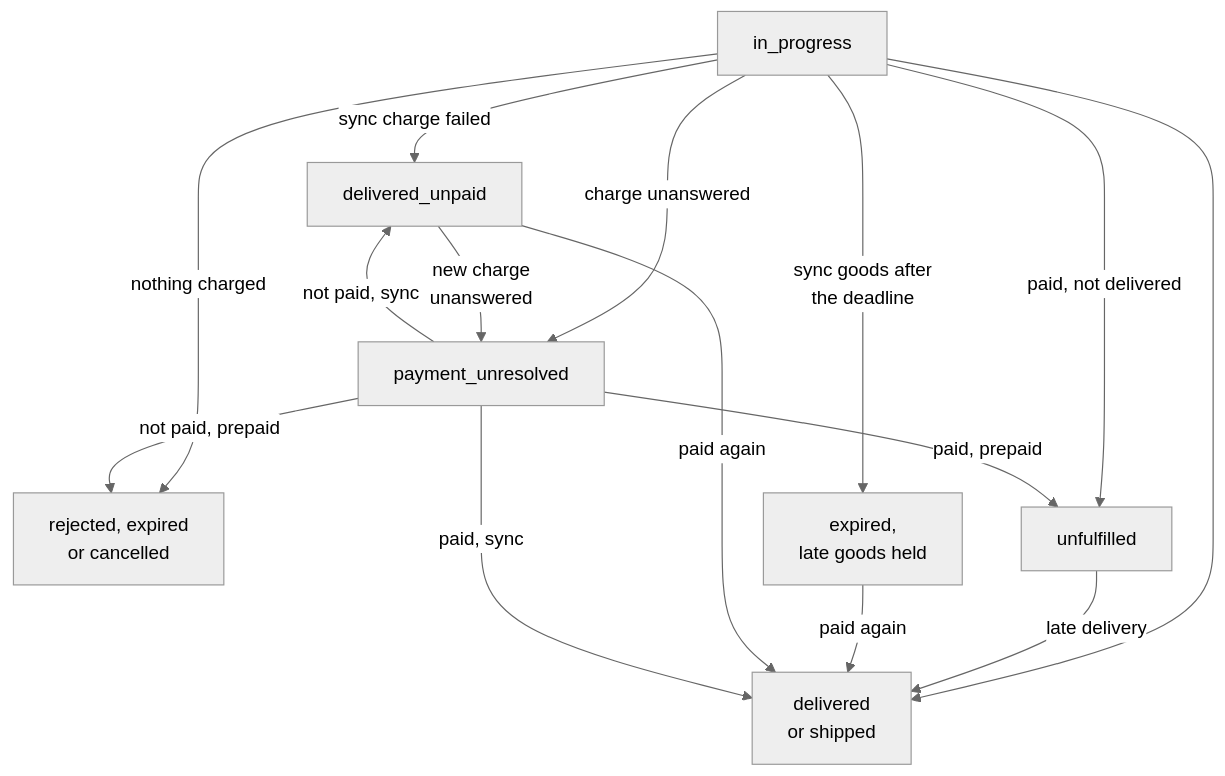
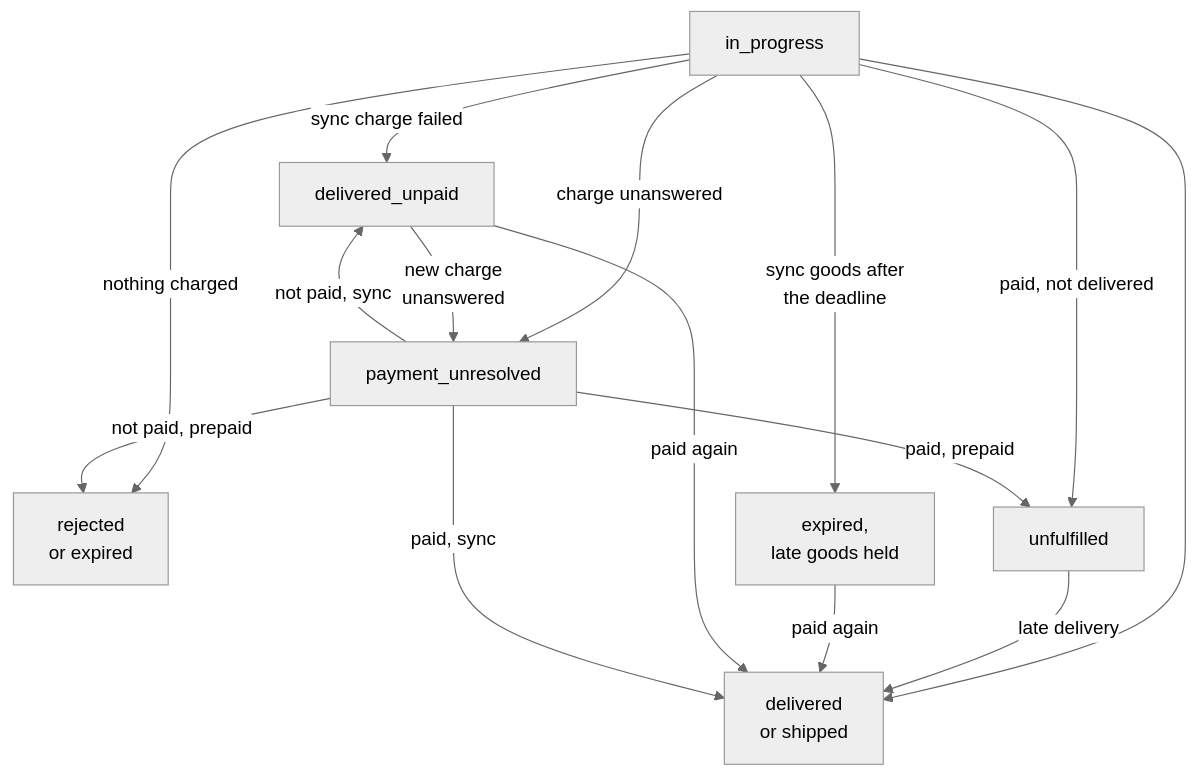
Before and after one commit to aftercard/agentify: the second of 3 diagrams in apps/docs/orders.md, drawn with Mermaid (neutral theme). The commit also changed other lines of this file and 60 other files, not shown here.

````diff
--- a/apps/docs/orders.md
+++ b/apps/docs/orders.md
@@ -360,26 +360,26 @@
 ```mermaid
 flowchart TB
     accTitle: How an order's status changes
-    accDescr: An order starts in_progress. From there it is delivered or shipped; it ends rejected, expired or cancelled with nothing charged; it ends expired with goods held when a synchronous delivery arrives after its deadline; it becomes unfulfilled when it was paid and not delivered in time, refused after the charge, or you left; it becomes delivered_unpaid when a synchronous charge failed after your delivery; and it becomes payment_unresolved when nobody heard whether the charge went through. A late delivery takes an unfulfilled order to delivered or shipped, and the buyer paying again takes a delivered_unpaid order, or an expired order with goods held, to delivered. A payment_unresolved order moves once the payment is known: paid takes a synchronous order to delivered and an order paid at purchase to unfulfilled, and not paid takes a synchronous order to delivered_unpaid and an order paid at purchase to rejected. A delivered_unpaid order whose new charge goes unanswered becomes payment_unresolved.
+    accDescr: An order starts in_progress. From there it is delivered or shipped; it ends rejected or expired with nothing charged; it ends expired with goods held when a synchronous delivery arrives after its deadline; it becomes unfulfilled when it was paid and not delivered in time, or refused after the charge; it becomes delivered_unpaid when a synchronous charge failed after your delivery; and it becomes payment_unresolved when nobody heard whether the charge went through. A late delivery takes an unfulfilled order to delivered or shipped, and the buyer paying again takes a delivered_unpaid order, or an expired order with goods held, to delivered. A payment_unresolved order moves once the payment is known: paid takes a synchronous order to delivered and an order paid at purchase to unfulfilled, and not paid takes a synchronous order to delivered_unpaid and an order paid at purchase to rejected. A delivered_unpaid order whose new charge goes unanswered becomes payment_unresolved.
     IP["in_progress"]
     DS["delivered<br/>or shipped"]
-    NC["rejected, expired<br/>or cancelled"]
+    NC["rejected<br/>or expired"]
     EX["expired,<br/>late goods held"]
     U["unfulfilled"]
     DU["delivered_unpaid"]
     PU["payment_unresolved"]
     IP --> DS
     IP -- "nothing charged" --> NC
     IP -- "sync goods after<br/>the deadline" --> EX
     IP -- "paid, not delivered" --> U
     IP -- "sync charge failed" --> DU
     IP -- "charge unanswered" --> PU
     U -- "late delivery" --> DS
     EX -- "paid again" --> DS
     DU -- "paid again" --> DS
     DU -- "new charge<br/>unanswered" --> PU
     PU -- "paid, sync" --> DS
     PU -- "paid, prepaid" --> U
     PU -- "not paid, sync" --> DU
     PU -- "not paid, prepaid" --> NC
 ```
````
